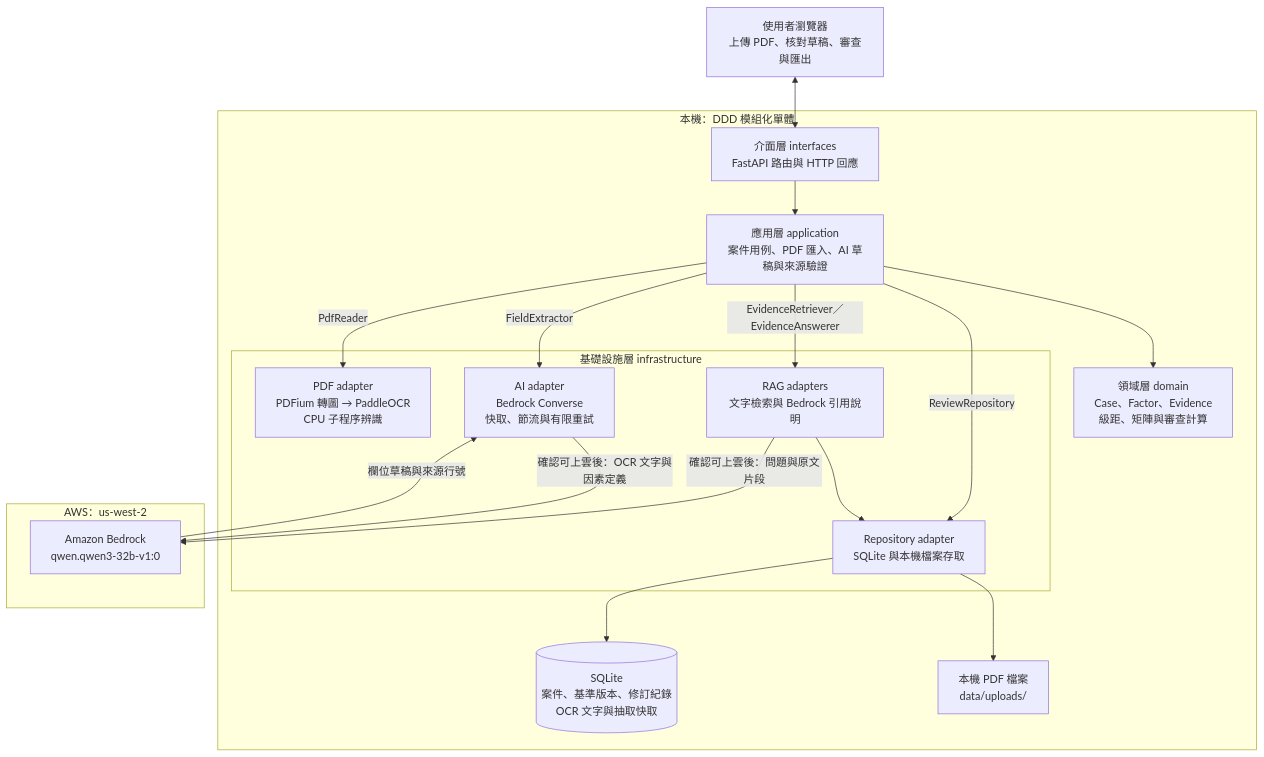
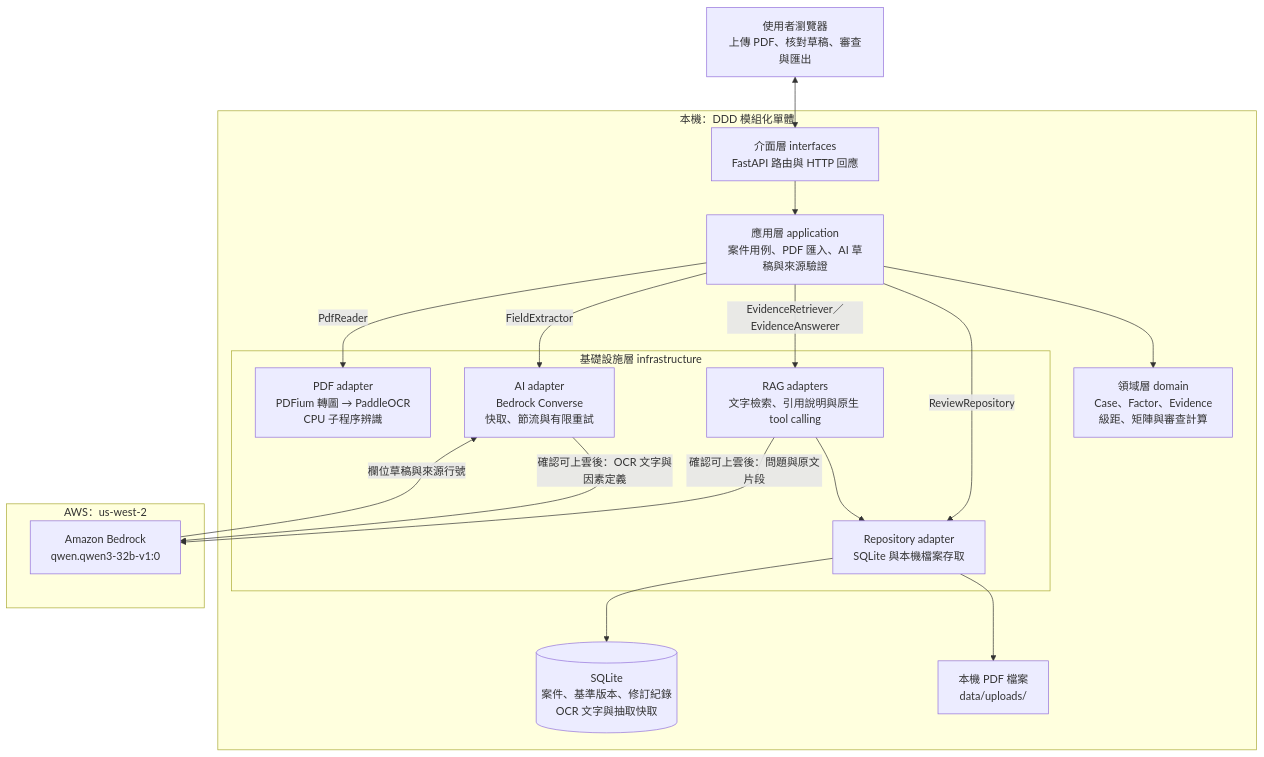
The first of 3 diagrams in README.md (ChenYi0725/hackathon), drawn with Mermaid before and after one commit. The commit also changed other lines of this file and 16 other files, not shown here.

Commit message:
feat: add bounded Agentic RAG with native Bedrock tool calling

````diff
--- a/README.md
+++ b/README.md
@@ -13,38 +13,38 @@
 ```mermaid
 flowchart TB
     USER["使用者瀏覽器<br/>上傳 PDF、核對草稿、審查與匯出"]
 
     subgraph LOCAL["本機：DDD 模組化單體"]
         HTTP["介面層 interfaces<br/>FastAPI 路由與 HTTP 回應"]
         APP["應用層 application<br/>案件用例、PDF 匯入、AI 草稿與來源驗證"]
         DOMAIN["領域層 domain<br/>Case、Factor、Evidence<br/>級距、矩陣與審查計算"]
 
         subgraph INFRA["基礎設施層 infrastructure"]
             OCR["PDF adapter<br/>PDFium 轉圖 → PaddleOCR<br/>CPU 子程序辨識"]
             AI["AI adapter<br/>Bedrock Converse<br/>快取、節流與有限重試"]
-            RAG["RAG adapters<br/>文字檢索與 Bedrock 引用說明"]
+            RAG["RAG adapters<br/>文字檢索、引用說明與原生 tool calling"]
             REPO["Repository adapter<br/>SQLite 與本機檔案存取"]
         end
 
         DB[("SQLite<br/>案件、基準版本、修訂紀錄<br/>OCR 文字與抽取快取")]
         FILES["本機 PDF 檔案<br/>data/uploads/"]
     end
 
     subgraph CLOUD["AWS：us-west-2"]
         MODEL["Amazon Bedrock<br/>qwen.qwen3-32b-v1:0"]
     end
 
     USER <--> HTTP
     HTTP --> APP
     APP --> DOMAIN
     APP -->|PdfReader| OCR
     APP -->|FieldExtractor| AI
     APP -->|ReviewRepository| REPO
     APP -->|EvidenceRetriever／EvidenceAnswerer| RAG
     RAG --> REPO
     RAG -->|確認可上雲後：問題與原文片段| MODEL
     REPO --> DB
     REPO --> FILES
     AI -->|確認可上雲後：OCR 文字與因素定義| MODEL
     MODEL -->|欄位草稿與來源行號| AI
 ```
````
